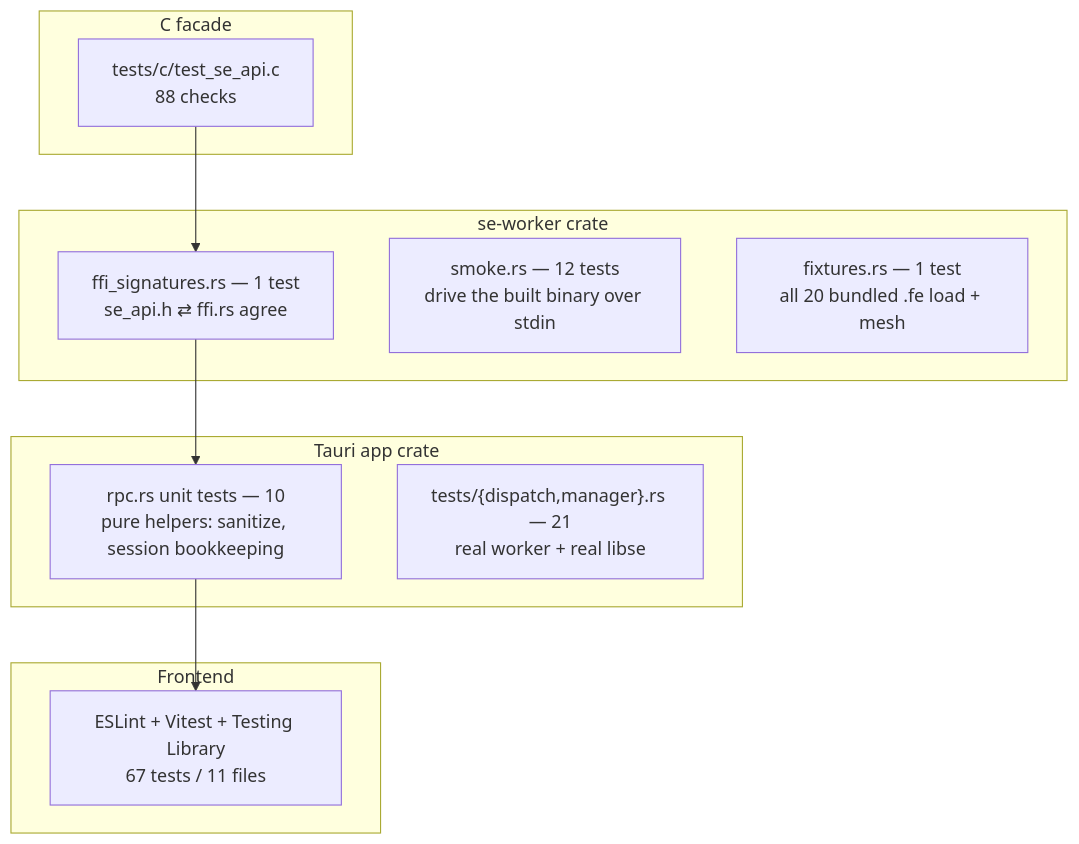
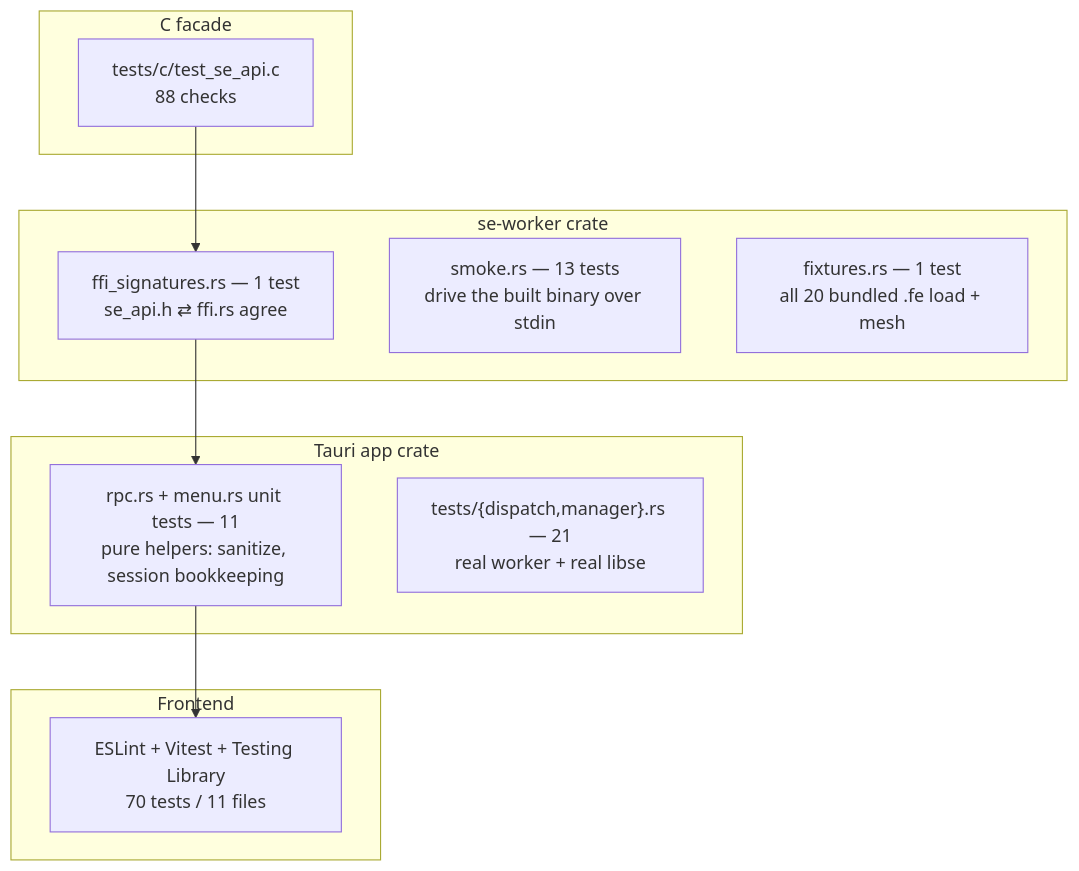
The fifth of 6 diagrams in ARCHITECTURE.md (sersergious/surface-evolver), drawn with Mermaid before and after one commit. The commit also changed other lines of this file and 13 other files, not shown here.

````diff
--- a/ARCHITECTURE.md
+++ b/ARCHITECTURE.md
@@ -269,19 +269,19 @@
 ```mermaid
 flowchart TB
     subgraph C["C facade"]
         CT["tests/c/test_se_api.c<br/>88 checks"]
     end
     subgraph Worker["se-worker crate"]
         WF["ffi_signatures.rs — 1 test<br/>se_api.h ⇄ ffi.rs agree"]
-        WS["smoke.rs — 12 tests<br/>drive the built binary over stdin"]
+        WS["smoke.rs — 13 tests<br/>drive the built binary over stdin"]
         WX["fixtures.rs — 1 test<br/>all 20 bundled .fe load + mesh"]
     end
     subgraph App["Tauri app crate"]
-        AU["rpc.rs unit tests — 10<br/>pure helpers: sanitize, session bookkeeping"]
+        AU["rpc.rs + menu.rs unit tests — 11<br/>pure helpers: sanitize, session bookkeeping"]
         AI["tests/{dispatch,manager}.rs — 21<br/>real worker + real libse"]
     end
     subgraph FE["Frontend"]
-        FT["ESLint + Vitest + Testing Library<br/>67 tests / 11 files"]
+        FT["ESLint + Vitest + Testing Library<br/>70 tests / 11 files"]
     end
     CT --> WF --> AU --> FT
 ```
````
